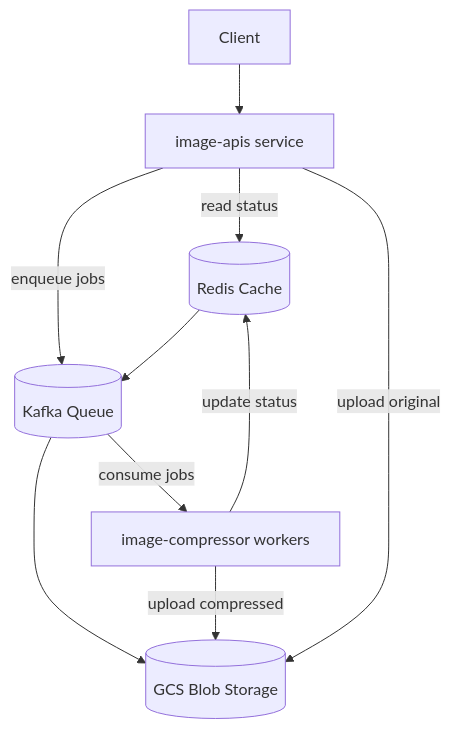
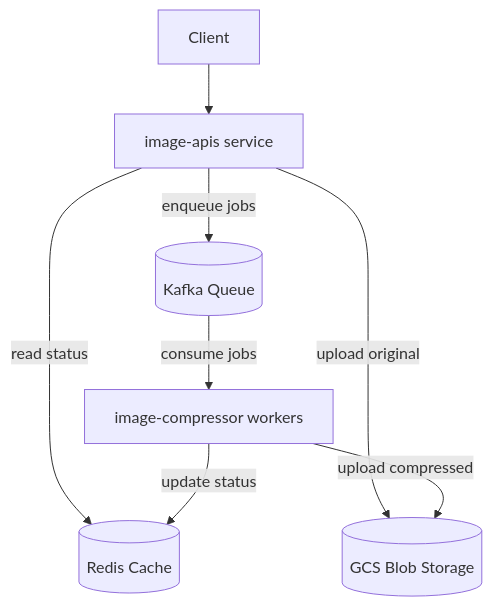
The diagram in README.md (zhunismp/imagep-backend), drawn with Mermaid before and after one commit.

Commit message:
fix: correct architecture

````diff
--- a/README.md
+++ b/README.md
@@ -7,25 +7,21 @@
 ```mermaid
 flowchart TD
     Redis[(Redis Cache)]
     Kafka[(Kafka Queue)]
     Blob[(GCS Blob Storage)]
 
     API[image-apis service]
     Worker[image-compressor workers]
     Client[Client]
-
-    %% vertical backbone
-    Redis --> Kafka
-    Kafka --> Blob
 
     %% left side
     Client --> API
     API -->|enqueue jobs| Kafka
     API -->|read status| Redis
     API -->|upload original| Blob
 
     %% right side
     Kafka -->|consume jobs| Worker
     Worker -->|update status| Redis
     Worker -->|upload compressed| Blob
 ```
````
